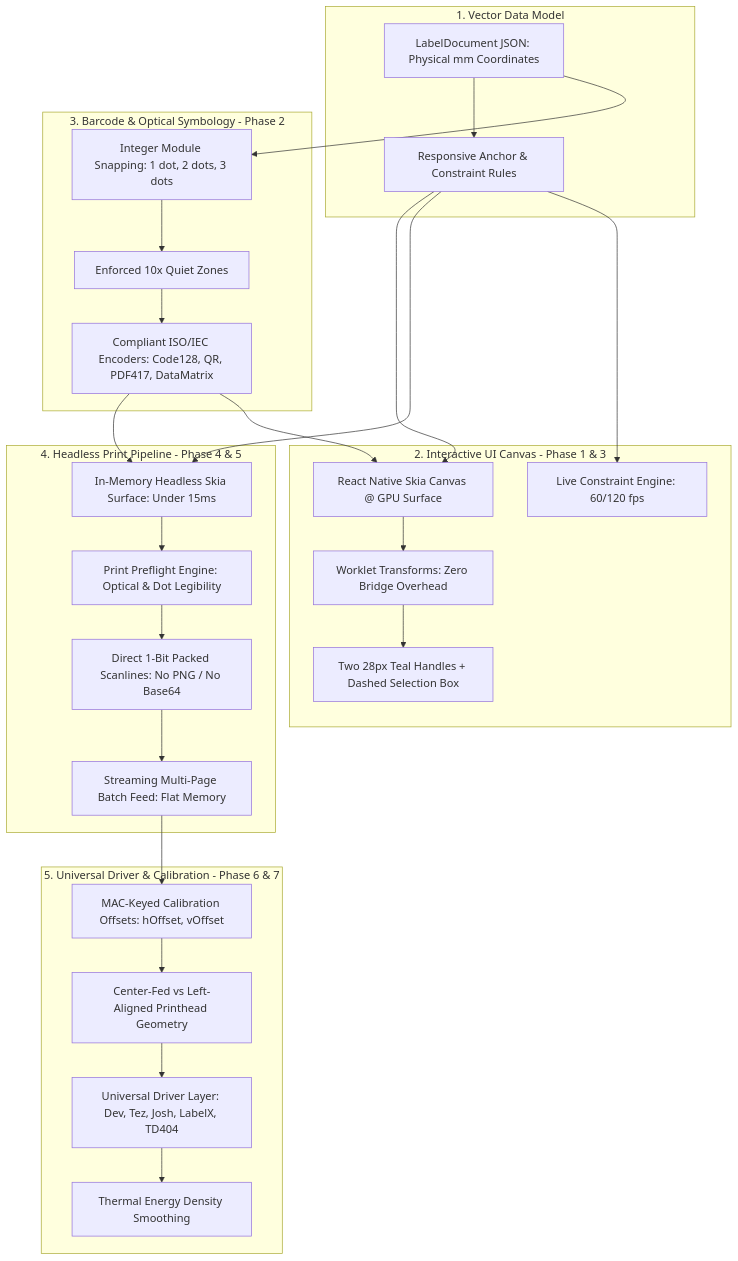
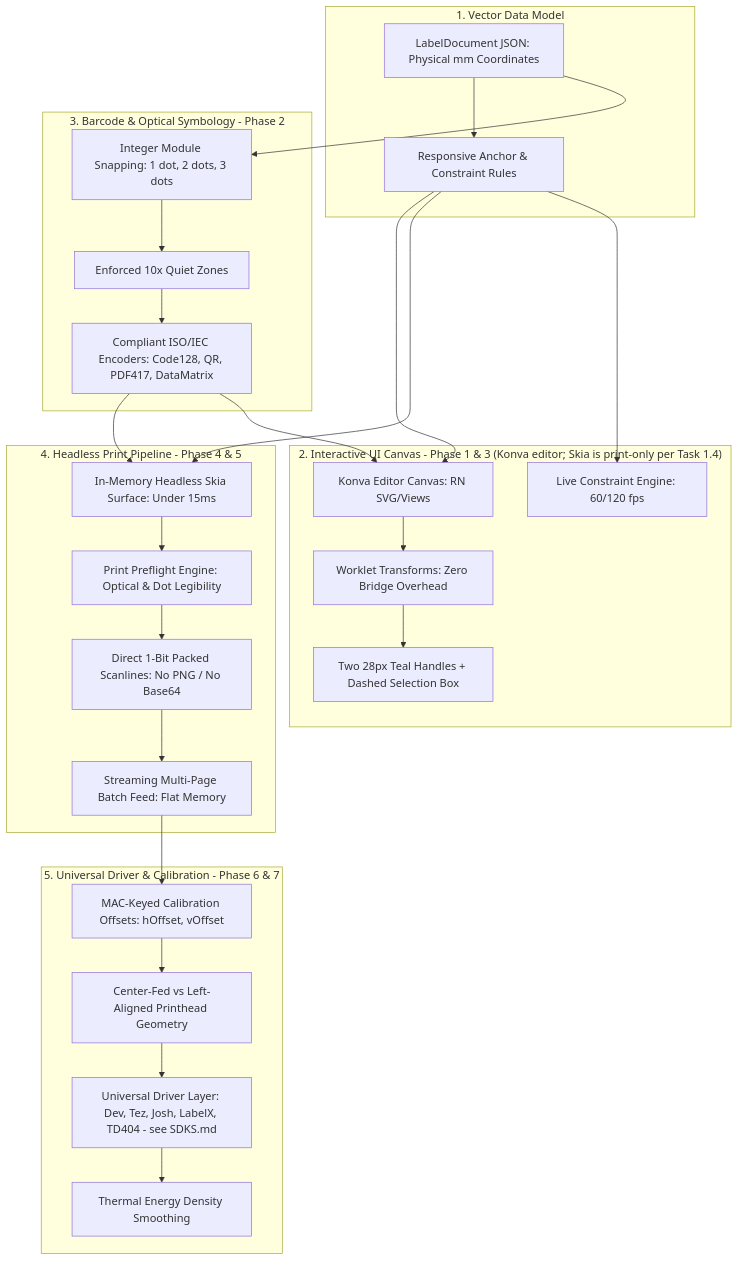
Before and after one commit to zubshaikh808787-commits/sez-print: the diagram in ARCHITECTURE_REDESIGN_PLAN.md, drawn with Mermaid. The commit also changed other lines of this file and 11 other files, not shown here.

````diff
--- a/ARCHITECTURE_REDESIGN_PLAN.md
+++ b/ARCHITECTURE_REDESIGN_PLAN.md
@@ -14,56 +14,56 @@
 ```mermaid
 graph TD
   subgraph DataModel["1. Vector Data Model"]
       JSON["LabelDocument JSON: Physical mm Coordinates"]
       Constraints["Responsive Anchor & Constraint Rules"]
   end
 
-  subgraph EditorCanvas["2. Interactive UI Canvas - Phase 1 & 3"]
-      SkiaCanvas["React Native Skia Canvas @ GPU Surface"]
+  subgraph EditorCanvas["2. Interactive UI Canvas - Phase 1 & 3 (Konva editor; Skia is print-only per Task 1.4)"]
+      EditorKonva["Konva Editor Canvas: RN SVG/Views"]
       ReanimatedWorklets["Worklet Transforms: Zero Bridge Overhead"]
       SingleAxisHandles["Two 28px Teal Handles + Dashed Selection Box"]
       ConstraintSolver["Live Constraint Engine: 60/120 fps"]
   end
 
   subgraph OpticalEngine["3. Barcode & Optical Symbology - Phase 2"]
       Snapping["Integer Module Snapping: 1 dot, 2 dots, 3 dots"]
       QuietZones["Enforced 10x Quiet Zones"]
       ISOEncoders["Compliant ISO/IEC Encoders: Code128, QR, PDF417, DataMatrix"]
   end
 
   subgraph HeadlessRasterizer["4. Headless Print Pipeline - Phase 4 & 5"]
       HeadlessSkia["In-Memory Headless Skia Surface: Under 15ms"]
       Preflight["Print Preflight Engine: Optical & Dot Legibility"]
       MonoPacker["Direct 1-Bit Packed Scanlines: No PNG / No Base64"]
       BatchStreamer["Streaming Multi-Page Batch Feed: Flat Memory"]
   end
 
   subgraph HardwareLayer["5. Universal Driver & Calibration - Phase 6 & 7"]
       Calibration["MAC-Keyed Calibration Offsets: hOffset, vOffset"]
       Alignment["Center-Fed vs Left-Aligned Printhead Geometry"]
-      UniversalHAL["Universal Driver Layer: Dev, Tez, Josh, LabelX, TD404"]
+      UniversalHAL["Universal Driver Layer: Dev, Tez, Josh, LabelX, TD404 - see SDKS.md"]
       ThermalSmoothing["Thermal Energy Density Smoothing"]
   end
 
   JSON --> Constraints
-  Constraints --> SkiaCanvas
+  Constraints --> EditorKonva
   Constraints --> HeadlessSkia
-  SkiaCanvas --> ReanimatedWorklets
+  EditorKonva --> ReanimatedWorklets
   ReanimatedWorklets --> SingleAxisHandles
   Constraints --> ConstraintSolver
 
   JSON --> Snapping
   Snapping --> QuietZones
   QuietZones --> ISOEncoders
   ISOEncoders --> HeadlessSkia
-  ISOEncoders --> SkiaCanvas
+  ISOEncoders --> EditorKonva
 
   HeadlessSkia --> Preflight
   Preflight --> MonoPacker
   MonoPacker --> BatchStreamer
 
   BatchStreamer --> Calibration
   Calibration --> Alignment
   Alignment --> UniversalHAL
   UniversalHAL --> ThermalSmoothing
 ```
````
